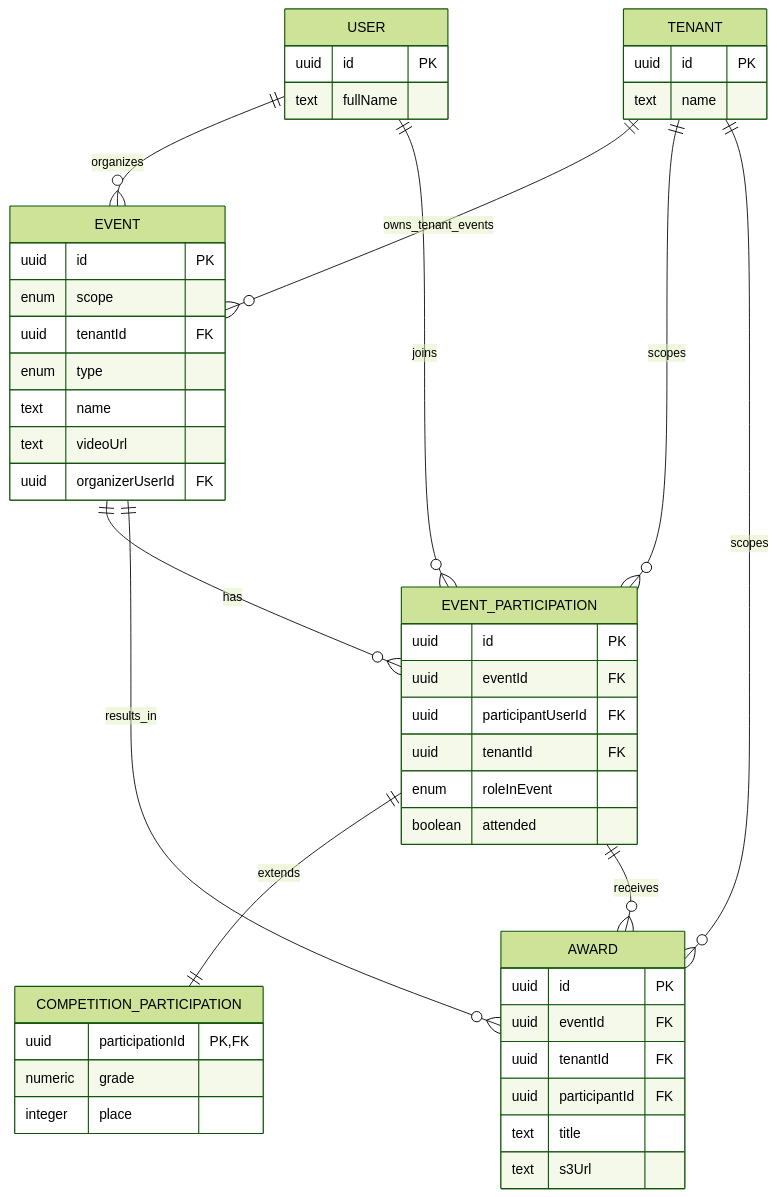
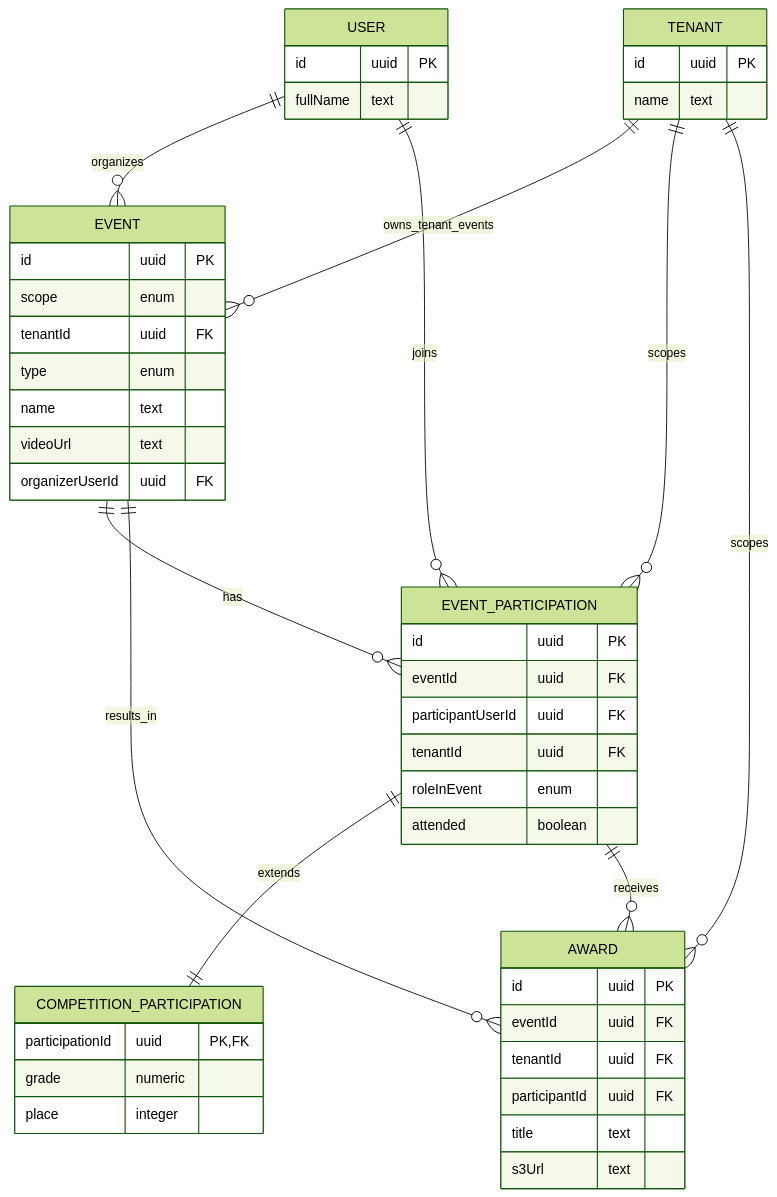
The third of 4 diagrams in architecture-homework/diagrams/erd.md (KaterynaKocheharova/Multi-tenant-architecture), drawn with Mermaid (forest theme) before and after one commit. The commit also changed other lines of this file, not shown here.

Commit message:
make type second column

````diff
--- a/architecture-homework/diagrams/erd.md
+++ b/architecture-homework/diagrams/erd.md
@@ -205,56 +205,56 @@
 ```mermaid
 erDiagram
     TENANT {
-        uuid id PK
-        text name
+        id uuid PK
+        name text
     }
 
     USER {
-        uuid id PK
-        text fullName
+        id uuid PK
+        fullName text
     }
 
     EVENT {
-        uuid id PK
-        enum scope
-        uuid tenantId FK
-        enum type
-        text name
-        text videoUrl
-        uuid organizerUserId FK
+        id uuid PK
+        scope enum
+        tenantId uuid FK
+        type enum
+        name text
+        videoUrl text
+        organizerUserId uuid FK
     }
 
     EVENT_PARTICIPATION {
-        uuid id PK
-        uuid eventId FK
-        uuid participantUserId FK
-        uuid tenantId FK
-        enum roleInEvent
-        boolean attended
+        id uuid PK
+        eventId uuid FK
+        participantUserId uuid FK
+        tenantId uuid FK
+        roleInEvent enum
+        attended boolean
     }
 
     COMPETITION_PARTICIPATION {
-        uuid participationId PK, FK
-        numeric grade
-        integer place
+        participationId uuid PK, FK
+        grade numeric
+        place integer
     }
 
     AWARD {
-        uuid id PK
-        uuid eventId FK
-        uuid tenantId FK
-        uuid participantId FK
-        text title
-        text s3Url
+        id uuid PK
+        eventId uuid FK
+        tenantId uuid FK
+        participantId uuid FK
+        title text
+        s3Url text
     }
 
     TENANT ||--o{ EVENT : owns_tenant_events
     USER ||--o{ EVENT : organizes
     EVENT ||--o{ EVENT_PARTICIPATION : has
     USER ||--o{ EVENT_PARTICIPATION : joins
     TENANT ||--o{ EVENT_PARTICIPATION : scopes
     EVENT_PARTICIPATION ||--|| COMPETITION_PARTICIPATION : extends
     EVENT ||--o{ AWARD : results_in
     EVENT_PARTICIPATION ||--o{ AWARD : receives
     TENANT ||--o{ AWARD : scopes
 ```
````
